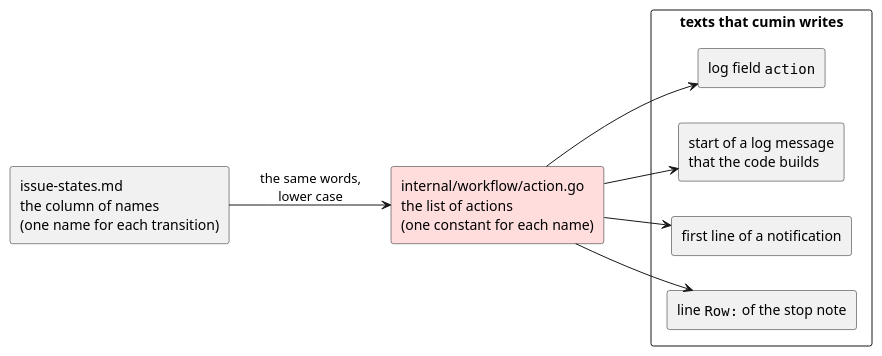
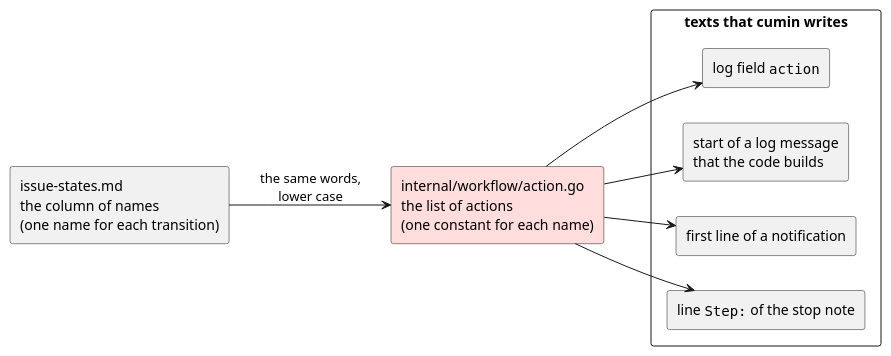
Before and after one commit to cloveclovedev/cumin-works: the diagram in docs/ja/designs/action-names.puml, drawn with PlantUML. The commit also changed 29 other files, not shown here.

```diff
--- a/docs/ja/designs/action-names.puml
+++ b/docs/ja/designs/action-names.puml
@@ -1,24 +1,24 @@
 @startuml action-names
 ' cumin works - the one list of the names of the actions of cumin.
 ' Document: cumin-core.md, topic on the names of the actions.
 ' Render: run scripts/render-diagrams.sh at the root of the repository.
 skinparam shadowing false
 skinparam defaultFontName sans-serif
 left to right direction
 
 rectangle "issue-states.md\nthe column of names\n(one name for each transition)" as source
 rectangle "internal/workflow/action.go\nthe list of actions\n(one constant for each name)" as list #FFDDDD
 
 rectangle "texts that cumin writes" {
   rectangle "log field ""action""" as field
   rectangle "start of a log message\nthat the code builds" as message
   rectangle "first line of a notification" as notification
-  rectangle "line ""Row:"" of the stop note" as note
+  rectangle "line ""Step:"" of the stop note" as note
 }
 
 source --> list : the same words,\nlower case
 list --> field
 list --> message
 list --> notification
 list --> note
 @enduml
```
